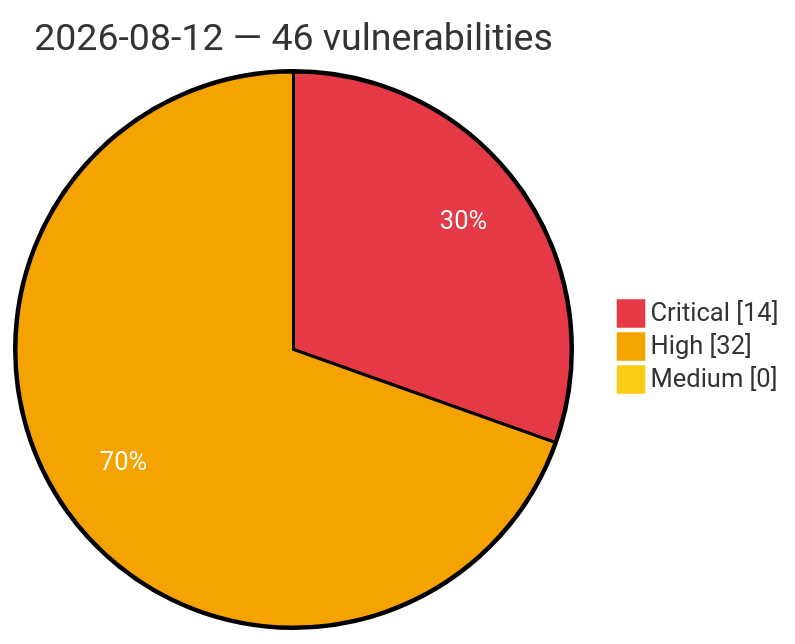
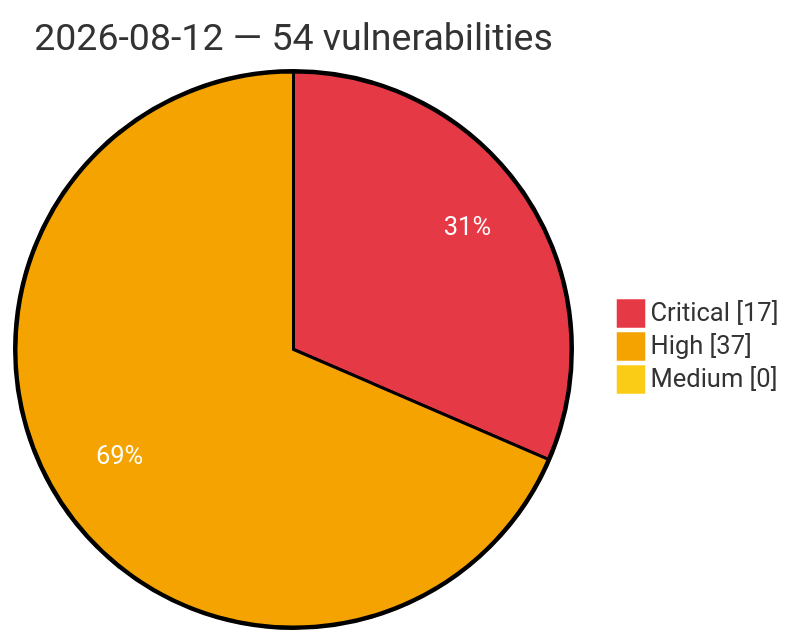
The diagram in vulnerabilities/2026/August/2026-08-12.md (GhostX0X/vuln-tracker), drawn with Mermaid before and after one commit. The commit also changed other lines of this file and 5 other files, not shown here.

Commit message:
Auto update: critical/high vulns (2026-08-12 18:37 UTC)

````diff
--- a/vulnerabilities/2026/August/2026-08-12.md
+++ b/vulnerabilities/2026/August/2026-08-12.md
@@ -3,8 +3,8 @@
 ```mermaid
 %%{init: {'theme':'base', 'themeVariables': {'pie1':'#e63946', 'pie2':'#f4a300', 'pie3':'#facc15', 'pieOpacity':'1', 'pieOuterStrokeWidth':'2px', 'pieSectionTextColor':'#ffffff'}}}%%
 pie showData
-    title 2026-08-12 — 46 vulnerabilities
-    "Critical" : 14
-    "High" : 32
+    title 2026-08-12 — 54 vulnerabilities
+    "Critical" : 17
+    "High" : 37
     "Medium" : 0
 ```
````
